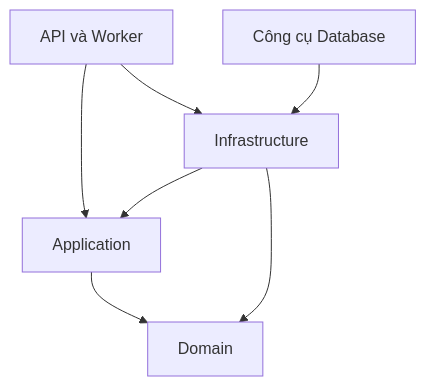
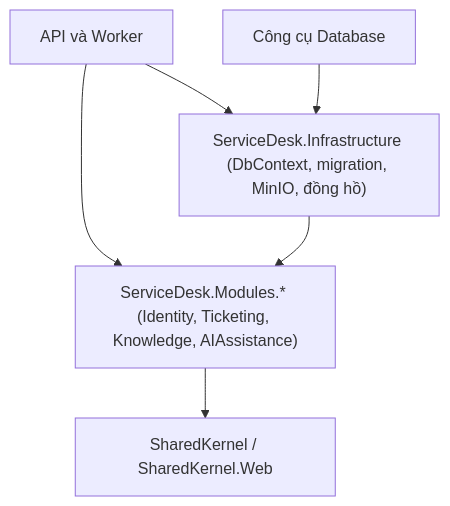
One commit to supportflow-ai/ai-it-service-desk changed the diagram in docs/architecture/backend-modules-and-use-cases.md. Above: the diagram before and after it, drawn with Mermaid. The commit also changed other lines of this file and 15 other files, not shown here.

````diff
--- a/docs/architecture/backend-modules-and-use-cases.md
+++ b/docs/architecture/backend-modules-and-use-cases.md
@@ -9,9 +11,8 @@
 ```mermaid
 flowchart TD
-    Hosts["API và Worker"] --> Application["Application"]
-    Hosts --> Infrastructure["Infrastructure"]
+    Hosts["API và Worker"] --> Modules["ServiceDesk.Modules.* (Identity, Ticketing, Knowledge, AIAssistance)"]
+    Hosts --> Infrastructure["ServiceDesk.Infrastructure (DbContext, migration, MinIO, đồng hồ)"]
     Database["Công cụ Database"] --> Infrastructure
-    Infrastructure --> Application
-    Infrastructure --> Domain["Domain"]
-    Application --> Domain
+    Infrastructure --> Modules
+    Modules --> SharedKernel["SharedKernel / SharedKernel.Web"]
 ```
````
